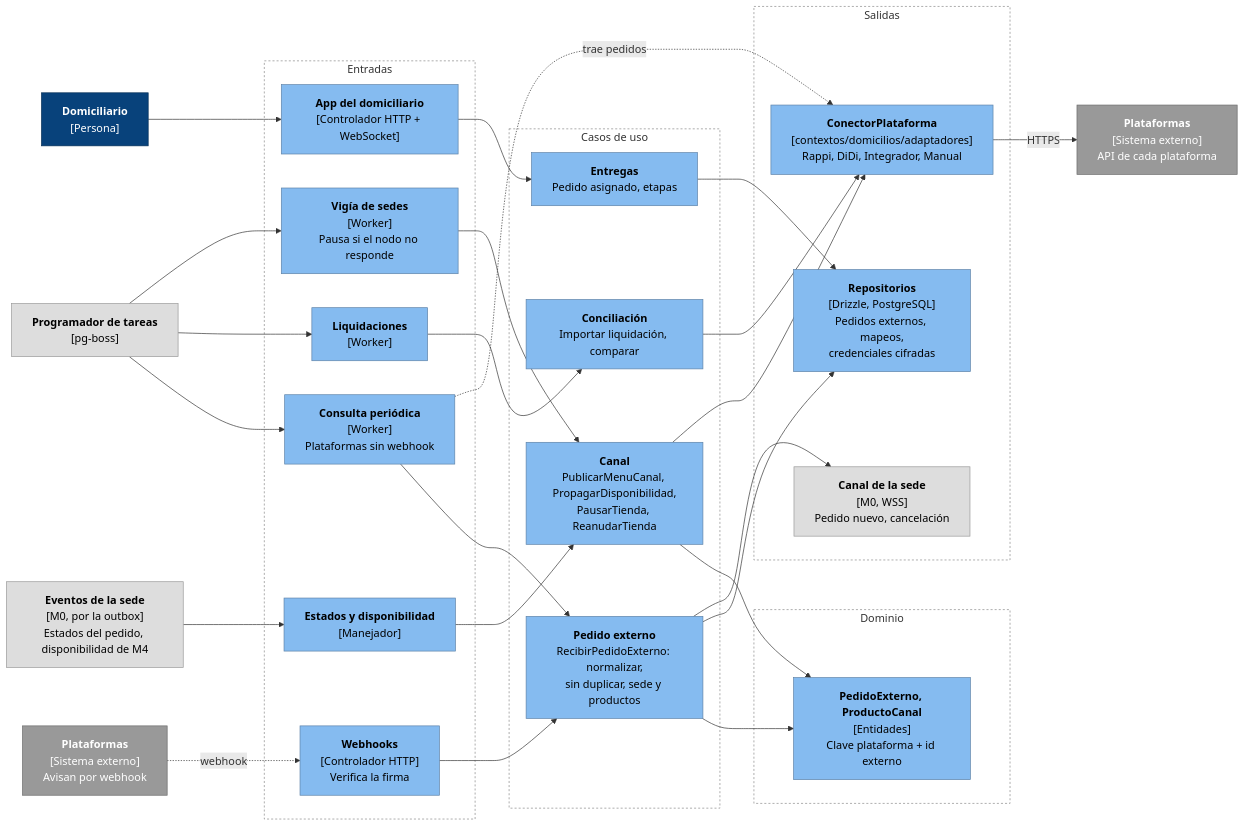
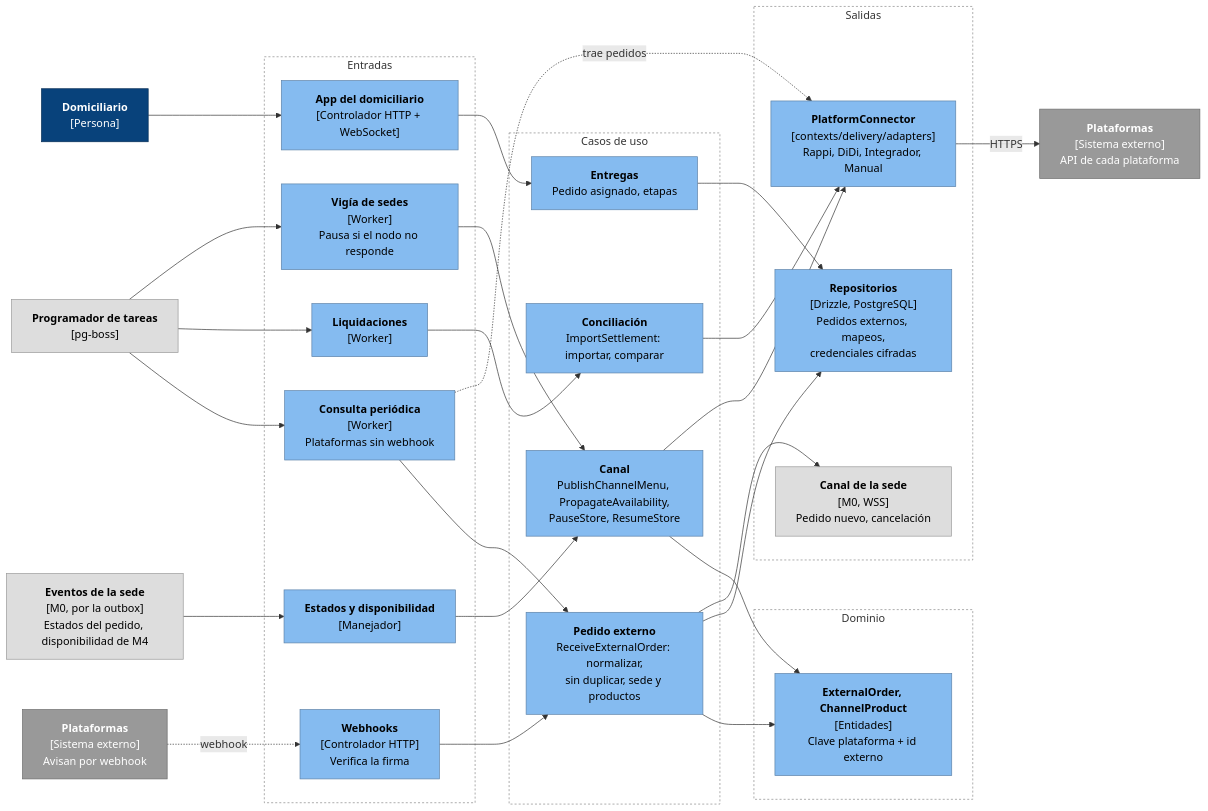
The first of 2 diagrams in docs/arquitectura/componentes/c4-m5-domicilios.md (CesarJOtizM/blackHole), drawn with Mermaid before and after one commit. The commit also changed other lines of this file and 159 other files, not shown here.

````diff
--- a/docs/arquitectura/componentes/c4-m5-domicilios.md
+++ b/docs/arquitectura/componentes/c4-m5-domicilios.md
@@ -14,69 +14,69 @@
 ```mermaid
 flowchart LR
   PLATW["<b>Plataformas</b><br/>[Sistema externo]<br/>Avisan por webhook"]:::externo
   PRG["<b>Programador de tareas</b><br/>[pg-boss]"]:::modulo
   INB["<b>Eventos de la sede</b><br/>[M0, por la outbox]<br/>Estados del pedido, disponibilidad de M4"]:::modulo
   DOM["<b>Domiciliario</b><br/>[Persona]"]:::persona
 
   subgraph Entradas["Entradas"]
     WH["<b>Webhooks</b><br/>[Controlador HTTP]<br/>Verifica la firma"]:::componente
     POLL["<b>Consulta periódica</b><br/>[Worker]<br/>Plataformas sin webhook"]:::componente
     LIQ["<b>Liquidaciones</b><br/>[Worker]"]:::componente
     VIG["<b>Vigía de sedes</b><br/>[Worker]<br/>Pausa si el nodo no responde"]:::componente
     EVS["<b>Estados y disponibilidad</b><br/>[Manejador]"]:::componente
     DAPI["<b>App del domiciliario</b><br/>[Controlador HTTP + WebSocket]"]:::componente
   end
 
   subgraph Aplicacion["Casos de uso"]
-    UC_EXT["<b>Pedido externo</b><br/>RecibirPedidoExterno: normalizar,<br/>sin duplicar, sede y productos"]:::componente
-    UC_LIQ["<b>Conciliación</b><br/>Importar liquidación, comparar"]:::componente
-    UC_PUB["<b>Canal</b><br/>PublicarMenuCanal, PropagarDisponibilidad,<br/>PausarTienda, ReanudarTienda"]:::componente
+    UC_EXT["<b>Pedido externo</b><br/>ReceiveExternalOrder: normalizar,<br/>sin duplicar, sede y productos"]:::componente
+    UC_LIQ["<b>Conciliación</b><br/>ImportSettlement: importar, comparar"]:::componente
+    UC_PUB["<b>Canal</b><br/>PublishChannelMenu, PropagateAvailability,<br/>PauseStore, ResumeStore"]:::componente
     UC_ENT["<b>Entregas</b><br/>Pedido asignado, etapas"]:::componente
   end
 
   subgraph Dominio["Dominio"]
-    D_EXT["<b>PedidoExterno, ProductoCanal</b><br/>[Entidades]<br/>Clave plataforma + id externo"]:::componente
+    D_EXT["<b>ExternalOrder, ChannelProduct</b><br/>[Entidades]<br/>Clave plataforma + id externo"]:::componente
   end
 
   subgraph Salida["Salidas"]
-    CON["<b>ConectorPlataforma</b><br/>[contextos/domicilios/adaptadores]<br/>Rappi, DiDi, Integrador, Manual"]:::componente
+    CON["<b>PlatformConnector</b><br/>[contexts/delivery/adapters]<br/>Rappi, DiDi, Integrador, Manual"]:::componente
     REPO["<b>Repositorios</b><br/>[Drizzle, PostgreSQL]<br/>Pedidos externos, mapeos,<br/>credenciales cifradas"]:::componente
     CAN["<b>Canal de la sede</b><br/>[M0, WSS]<br/>Pedido nuevo, cancelación"]:::modulo
   end
 
   PLAT["<b>Plataformas</b><br/>[Sistema externo]<br/>API de cada plataforma"]:::externo
 
   PLATW -. "webhook" .-> WH
   PRG --> POLL
   PRG --> LIQ
   PRG --> VIG
   INB --> EVS
   DOM --> DAPI
 
   WH --> UC_EXT
   POLL --> UC_EXT
   LIQ --> UC_LIQ
   VIG --> UC_PUB
   EVS --> UC_PUB
   DAPI --> UC_ENT
 
   UC_EXT --> D_EXT
   UC_PUB --> D_EXT
 
   POLL -. "trae pedidos" .-> CON
   UC_EXT --> REPO
   UC_EXT --> CAN
   UC_PUB --> CON
   UC_LIQ --> CON
   UC_ENT --> REPO
   CON -- "HTTPS" --> PLAT
 
   classDef persona fill:#08427b,stroke:#052e56,color:#fff
   classDef componente fill:#85bbf0,stroke:#5d82a8,color:#000
   classDef modulo fill:#dddddd,stroke:#999999,color:#000
   classDef externo fill:#999999,stroke:#6b6b6b,color:#fff
   style Entradas fill:none,stroke:#888,stroke-dasharray: 3 3
   style Aplicacion fill:none,stroke:#888,stroke-dasharray: 3 3
   style Dominio fill:none,stroke:#888,stroke-dasharray: 3 3
   style Salida fill:none,stroke:#888,stroke-dasharray: 3 3
 ```
````
